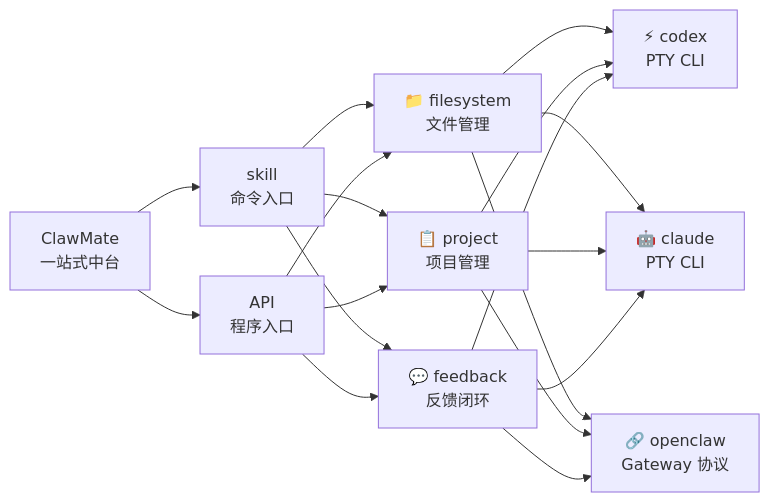
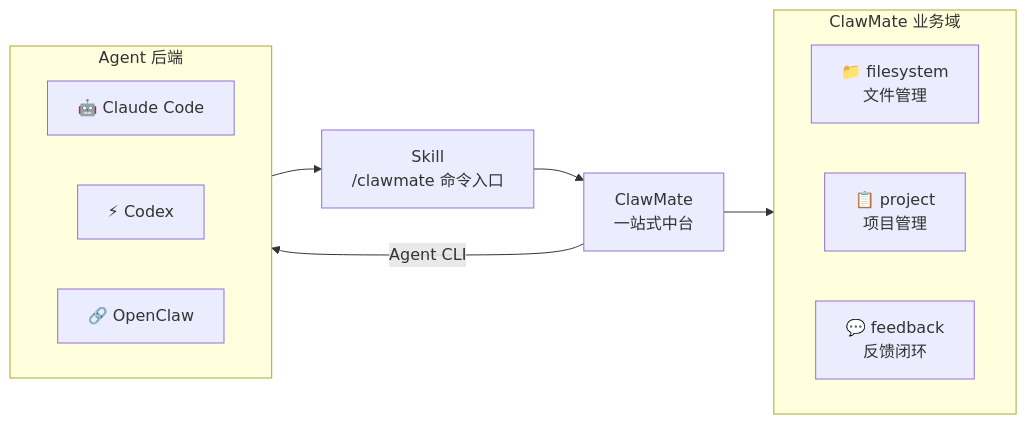
One commit to updatedb/clawmate changed the diagram in README.md. Above: the diagram before and after it, drawn with Mermaid. The commit also changed other lines of this file, not shown here.

````diff
--- a/README.md
+++ b/README.md
@@ -29,27 +26,24 @@
 ```mermaid
 flowchart LR
+    subgraph AGENT_GROUP["Agent 后端"]
+        direction LR
+        CC["🤖 Claude Code"]
+        CX["⚡ Codex"]
+        OC["🔗 OpenClaw"]
+    end
+
+    SKILL["Skill<br/>/clawmate 命令入口"]
     CM["ClawMate<br/>一站式中台"]
 
-    CM --> SKILL["skill<br/>命令入口"]
-    CM --> API["API<br/>程序入口"]
+    subgraph DOMAIN_GROUP["ClawMate 业务域"]
+        direction LR
+        FS["📁 filesystem<br/>文件管理"]
+        PJ["📋 project<br/>项目管理"]
+        FB["💬 feedback<br/>反馈闭环"]
+    end
 
-    SKILL --> FS["📁 filesystem<br/>文件管理"]
-    API --> FS
-    FS --> CX["⚡ codex<br/>PTY CLI"]
-    FS --> CC["🤖 claude<br/>PTY CLI"]
-    FS --> OC["🔗 openclaw<br/>Gateway 协议"]    
-
-
-    SKILL --> PJ["📋 project<br/>项目管理"]
-    API --> PJ
-    PJ --> CX["⚡ codex<br/>PTY CLI"]
-    PJ --> CC["🤖 claude<br/>PTY CLI"]
-    PJ --> OC["🔗 openclaw<br/>Gateway 协议"]    
-
-    SKILL --> FB["💬 feedback<br/>反馈闭环"]
-    API --> FB
-    FB --> CC["🤖 claude<br/>PTY CLI"]
-    FB --> CX["⚡ codex<br/>PTY CLI"]
-    FB --> OC["🔗 openclaw<br/>Gateway 协议"]    
+    AGENT_GROUP --> SKILL --> CM
+    CM -->|Agent CLI| AGENT_GROUP
+    CM --> DOMAIN_GROUP
 
 ```
````
